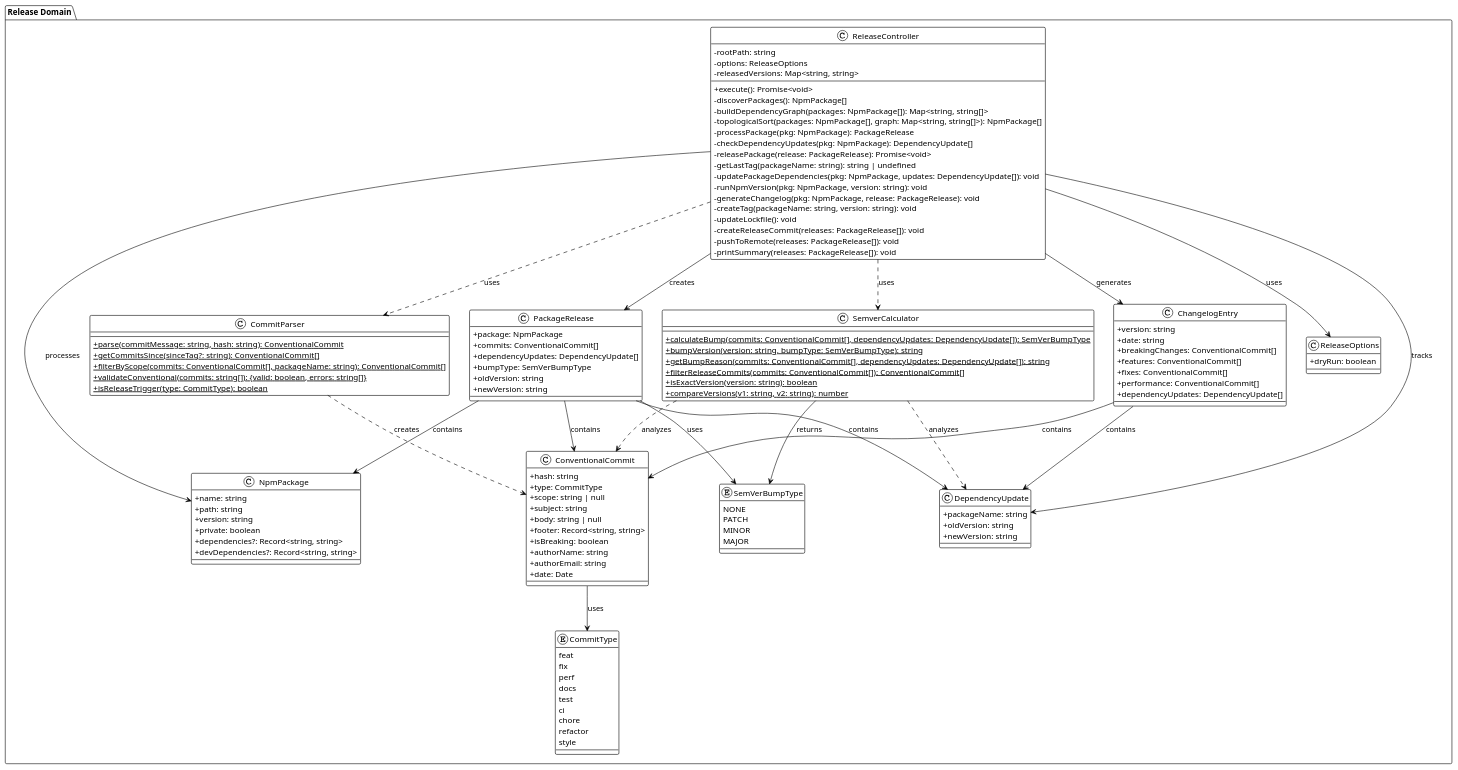
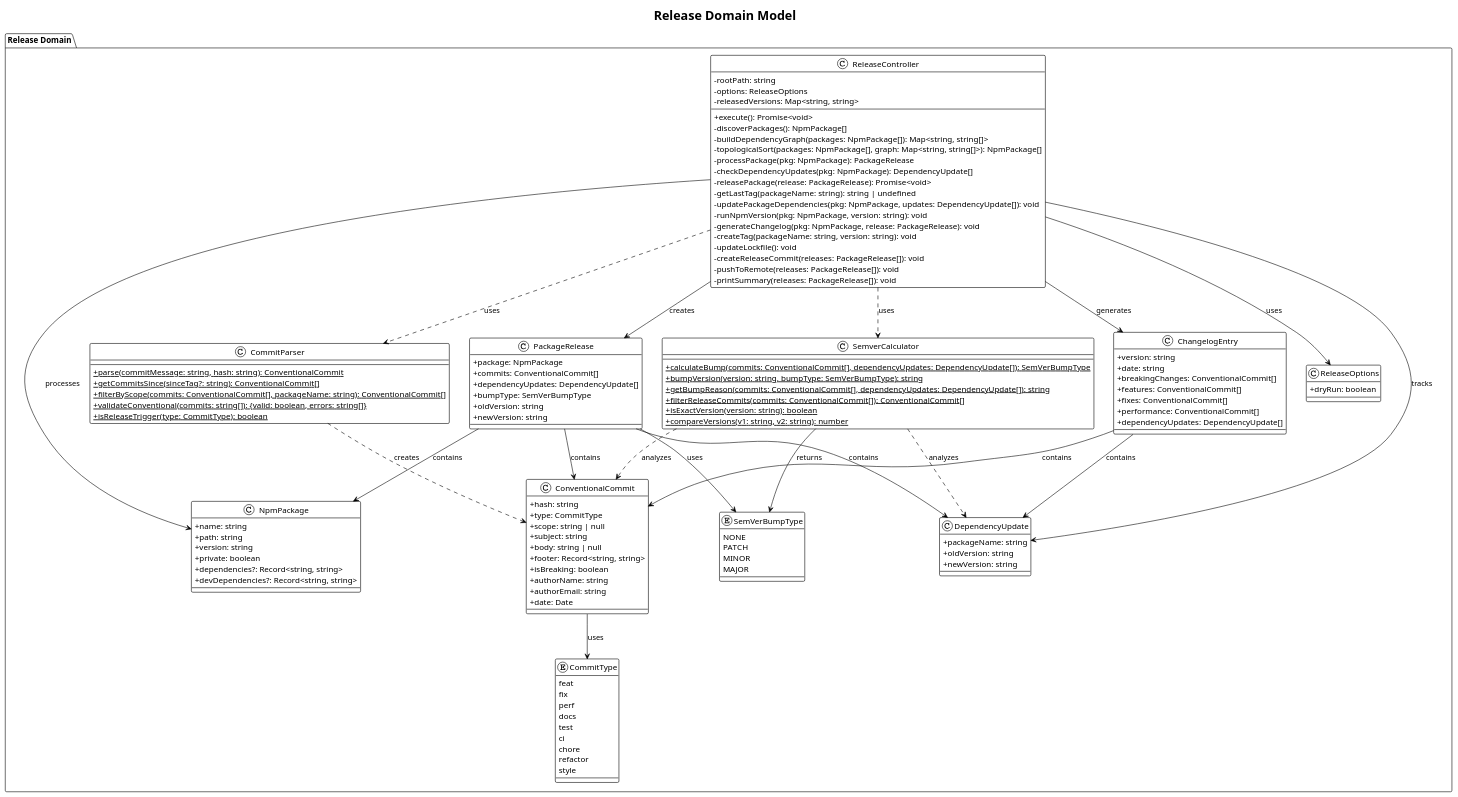
Before and after one commit to IgorBabkin/release-monorepo-semantically: the diagram in docs/uml-release-domain.puml, drawn with PlantUML. The commit also changed 36 other files, not shown here.

```diff
--- a/docs/uml-release-domain.puml
+++ b/docs/uml-release-domain.puml
@@ -1,143 +1,144 @@
-@startuml Release Domain Model
+@startuml
+title Release Domain Model
 
 !theme plain
 skinparam classAttributeIconSize 0
 
 package "Release Domain" {
 
   class ReleaseController {
     - rootPath: string
     - options: ReleaseOptions
     - releasedVersions: Map<string, string>
     --
     + execute(): Promise<void>
     - discoverPackages(): NpmPackage[]
     - buildDependencyGraph(packages: NpmPackage[]): Map<string, string[]>
     - topologicalSort(packages: NpmPackage[], graph: Map<string, string[]>): NpmPackage[]
     - processPackage(pkg: NpmPackage): PackageRelease
     - checkDependencyUpdates(pkg: NpmPackage): DependencyUpdate[]
     - releasePackage(release: PackageRelease): Promise<void>
     - getLastTag(packageName: string): string | undefined
     - updatePackageDependencies(pkg: NpmPackage, updates: DependencyUpdate[]): void
     - runNpmVersion(pkg: NpmPackage, version: string): void
     - generateChangelog(pkg: NpmPackage, release: PackageRelease): void
     - createTag(packageName: string, version: string): void
     - updateLockfile(): void
     - createReleaseCommit(releases: PackageRelease[]): void
     - pushToRemote(releases: PackageRelease[]): void
     - printSummary(releases: PackageRelease[]): void
   }
 
   class CommitParser {
     {static} + parse(commitMessage: string, hash: string): ConventionalCommit
     {static} + getCommitsSince(sinceTag?: string): ConventionalCommit[]
     {static} + filterByScope(commits: ConventionalCommit[], packageName: string): ConventionalCommit[]
     {static} + validateConventional(commits: string[]): {valid: boolean, errors: string[]}
     {static} + isReleaseTrigger(type: CommitType): boolean
   }
 
   class SemverCalculator {
     {static} + calculateBump(commits: ConventionalCommit[], dependencyUpdates: DependencyUpdate[]): SemVerBumpType
     {static} + bumpVersion(version: string, bumpType: SemVerBumpType): string
     {static} + getBumpReason(commits: ConventionalCommit[], dependencyUpdates: DependencyUpdate[]): string
     {static} + filterReleaseCommits(commits: ConventionalCommit[]): ConventionalCommit[]
     {static} + isExactVersion(version: string): boolean
     {static} + compareVersions(v1: string, v2: string): number
   }
 
   class NpmPackage {
     + name: string
     + path: string
     + version: string
     + private: boolean
     + dependencies?: Record<string, string>
     + devDependencies?: Record<string, string>
   }
 
   class ConventionalCommit {
     + hash: string
     + type: CommitType
     + scope: string | null
     + subject: string
     + body: string | null
     + footer: Record<string, string>
     + isBreaking: boolean
     + authorName: string
     + authorEmail: string
     + date: Date
   }
 
   class PackageRelease {
     + package: NpmPackage
     + commits: ConventionalCommit[]
     + dependencyUpdates: DependencyUpdate[]
     + bumpType: SemVerBumpType
     + oldVersion: string
     + newVersion: string
   }
 
   class DependencyUpdate {
     + packageName: string
     + oldVersion: string
     + newVersion: string
   }
 
   class ReleaseOptions {
     + dryRun: boolean
   }
 
   class ChangelogEntry {
     + version: string
     + date: string
     + breakingChanges: ConventionalCommit[]
     + features: ConventionalCommit[]
     + fixes: ConventionalCommit[]
     + performance: ConventionalCommit[]
     + dependencyUpdates: DependencyUpdate[]
   }
 
   enum SemVerBumpType {
     NONE
     PATCH
     MINOR
     MAJOR
   }
 
   enum CommitType {
     feat
     fix
     perf
     docs
     test
     ci
     chore
     refactor
     style
   }
 }
 
 ' Relationships
 ReleaseController --> ReleaseOptions : uses
 ReleaseController --> NpmPackage : processes
 ReleaseController --> PackageRelease : creates
 ReleaseController --> DependencyUpdate : tracks
 ReleaseController --> ChangelogEntry : generates
 ReleaseController ..> CommitParser : uses
 ReleaseController ..> SemverCalculator : uses
 
 PackageRelease --> NpmPackage : contains
 PackageRelease --> ConventionalCommit : contains
 PackageRelease --> DependencyUpdate : contains
 PackageRelease --> SemVerBumpType : uses
 
 ChangelogEntry --> ConventionalCommit : contains
 ChangelogEntry --> DependencyUpdate : contains
 
 ConventionalCommit --> CommitType : uses
 
 CommitParser ..> ConventionalCommit : creates
 SemverCalculator ..> ConventionalCommit : analyzes
 SemverCalculator ..> DependencyUpdate : analyzes
 SemverCalculator --> SemVerBumpType : returns
 
 @enduml
```
